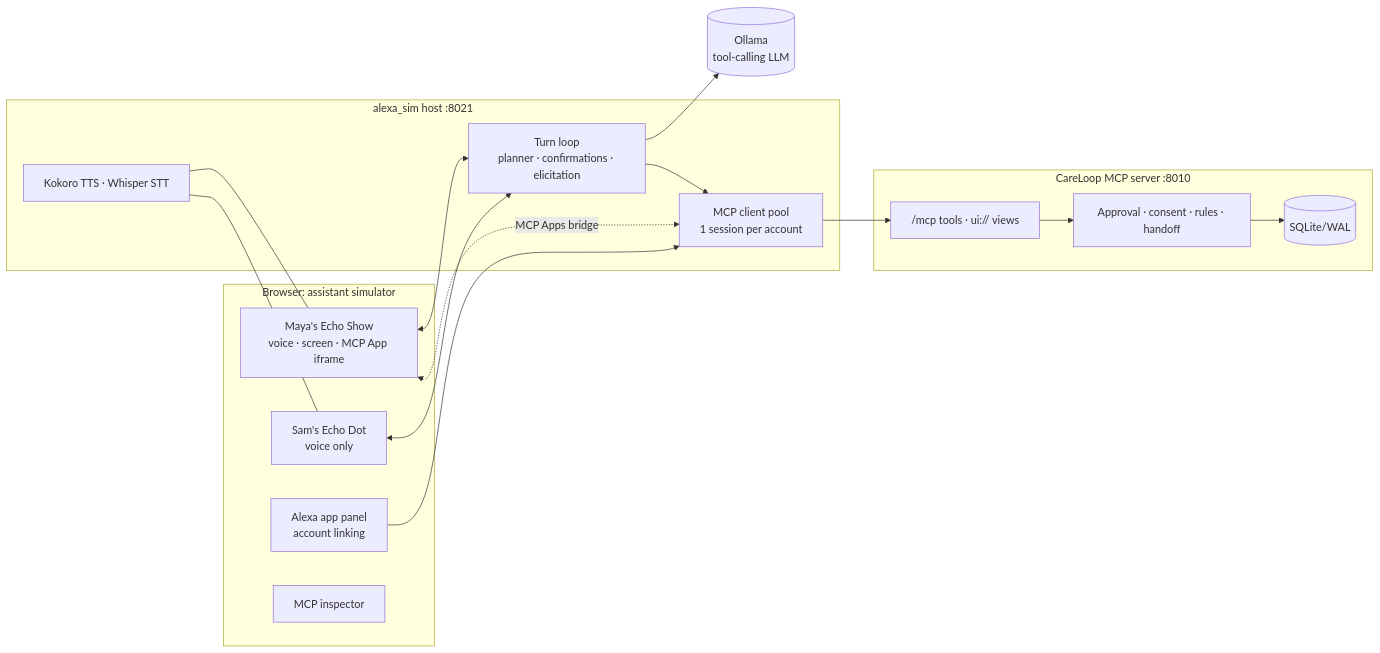
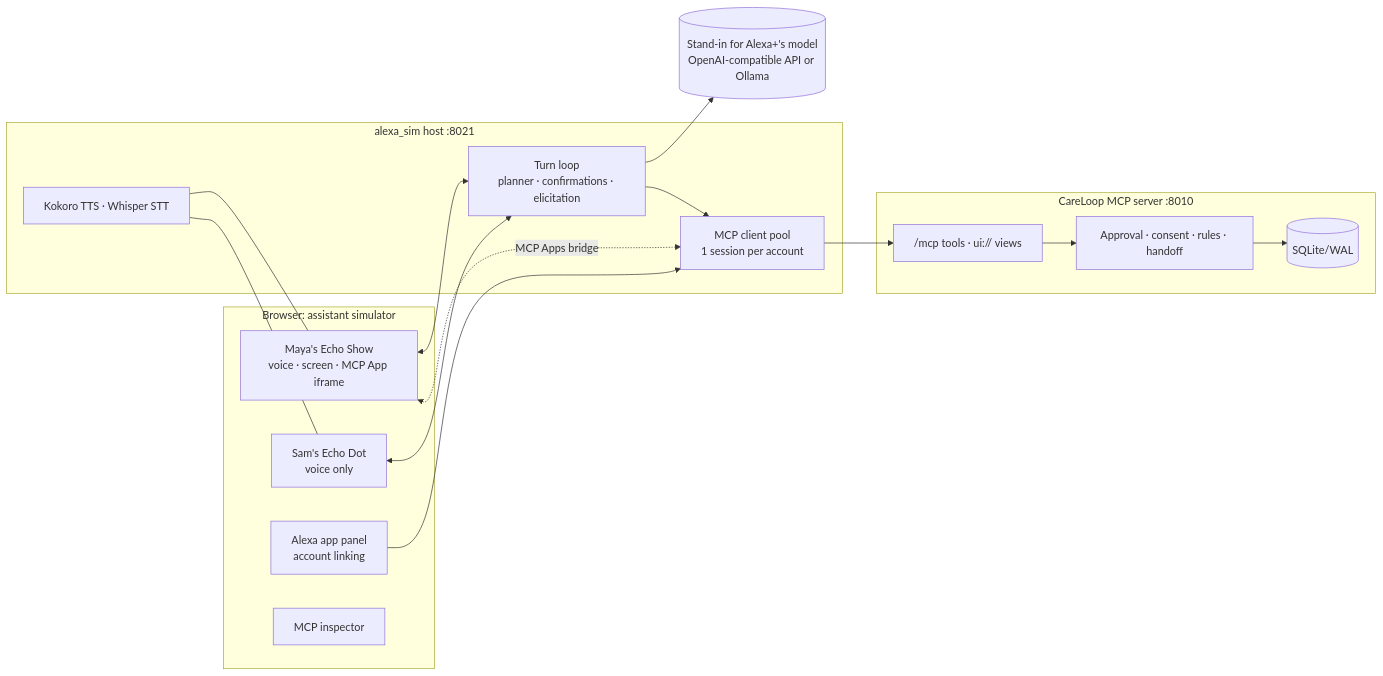
The diagram in README.md (Ghost-141/CareLoop), drawn with Mermaid before and after one commit. The commit also changed other lines of this file and 6 other files, not shown here.

````diff
--- a/README.md
+++ b/README.md
@@ -260,26 +261,26 @@
 ```mermaid
 flowchart LR
   subgraph browser["Browser: assistant simulator"]
     show["Maya's Echo Show<br/>voice · screen · MCP App iframe"]
     dot["Sam's Echo Dot<br/>voice only"]
     app["Alexa app panel<br/>account linking"]
     insp["MCP inspector"]
   end
   subgraph host["alexa_sim host :8021"]
     orch["Turn loop<br/>planner · confirmations · elicitation"]
     pool["MCP client pool<br/>1 session per account"]
     voice["Kokoro TTS · Whisper STT"]
   end
-  llm[("Ollama<br/>tool-calling LLM")]
+  llm[("Stand-in for Alexa+'s model<br/>OpenAI-compatible API or Ollama")]
   subgraph careloop["CareLoop MCP server :8010"]
     mcp["/mcp tools · ui:// views"]
     core["Approval · consent · rules · handoff"]
     db[("SQLite/WAL")]
   end
   show & dot <--> orch
   orch --> llm
   orch --> pool --> mcp --> core --> db
   show <-. MCP Apps bridge .-> pool
   app --> pool
   voice --- show & dot
 ```
````
